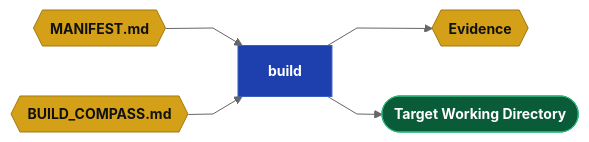
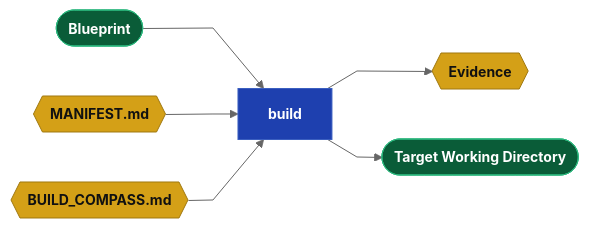
One commit to webcloudstudio/Drydock changed the fourth of 8 diagrams in docs/Drydock_Specification.md. Above: the diagram before and after it, drawn with Mermaid. The commit also changed other lines of this file, not shown here.

Commit message:
Add build file contract to specification

````diff
--- a/docs/Drydock_Specification.md
+++ b/docs/Drydock_Specification.md
@@ -376,15 +376,16 @@
 ```mermaid
 %%{init: {'theme': 'neutral', 'flowchart': {'curve': 'linear'}, 'themeVariables': {'fontSize': '14px'}}}%%
 flowchart LR
   classDef dir    fill:#0a5c38,stroke:#2cb67d,color:#fff,font-weight:bold
   classDef md     fill:#d4a017,stroke:#a07810,color:#111,font-weight:bold
   classDef script fill:#1e40af,stroke:#3b5fc0,color:#fff,font-weight:bold
   classDef prompt fill:#c2410c,stroke:#ea580c,color:#fff,font-weight:bold
   classDef output fill:#6d28d9,stroke:#8b5cf6,color:#fff,font-weight:bold
   classDef web    fill:#be123c,stroke:#fb7185,color:#fff,font-weight:bold
 
+  SPEC(["Blueprint"]):::dir --> BUILD["build"]:::script
   BP{{"MANIFEST.md"}}:::md --> BUILD["build"]:::script
   BCOMPASS{{"BUILD_COMPASS.md"}}:::md --> BUILD
   BUILD --> EV{{"Evidence"}}:::md
   BUILD --> TARGET(["Target Working Directory"]):::dir
 ```
````
